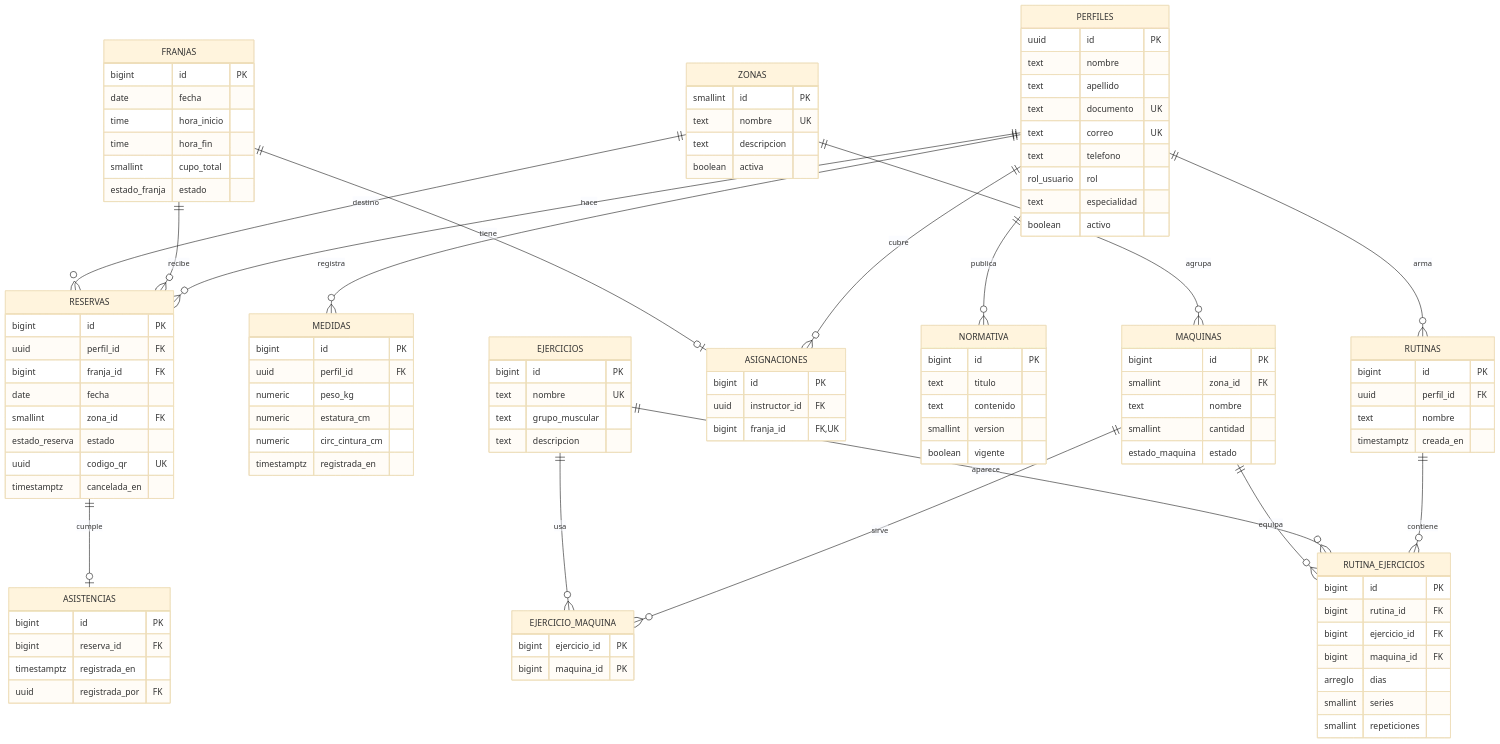
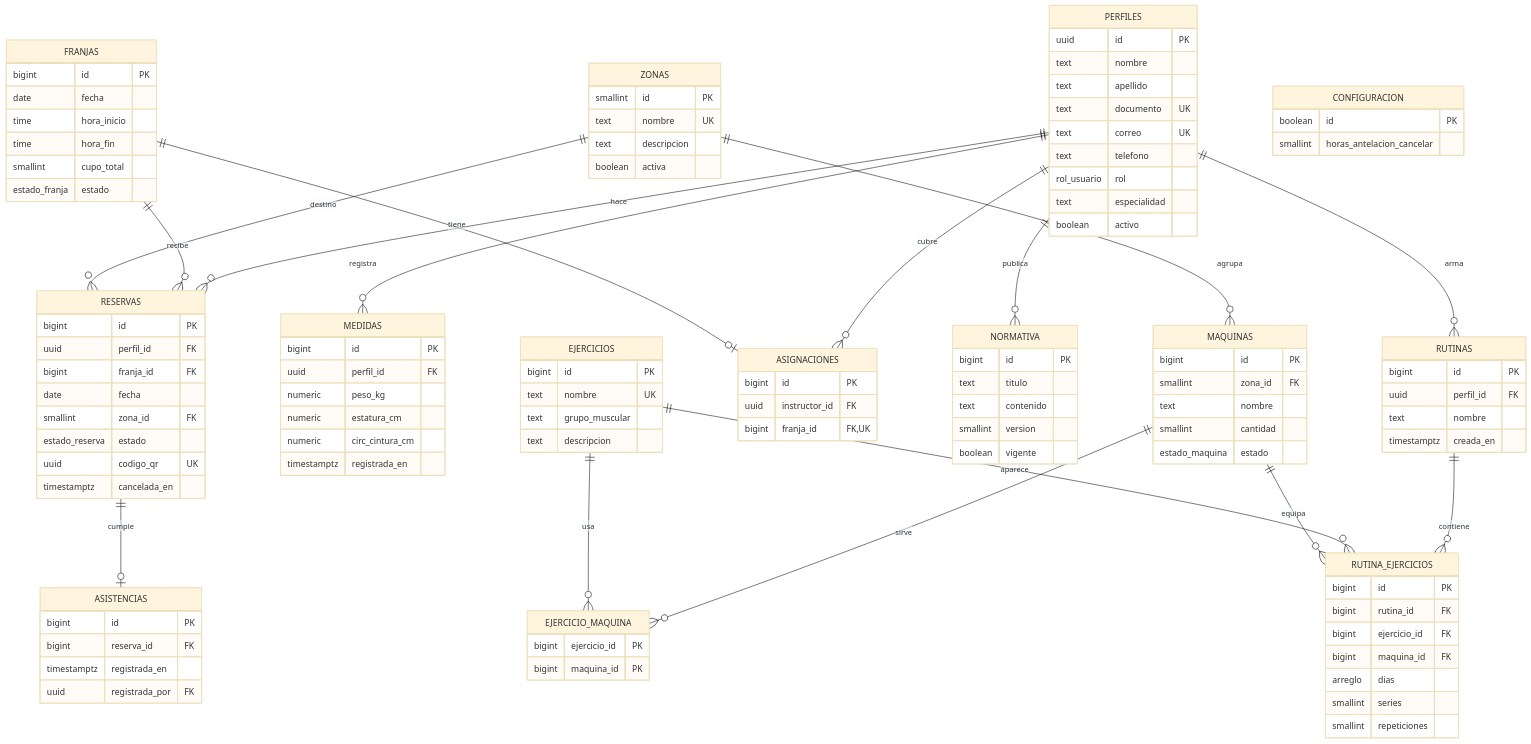
Before and after one commit to davidmat17/UFIT: the diagram in docs/modelo-de-datos.md, drawn with Mermaid (base theme). The commit also changed other lines of this file and 14 other files, not shown here.

Commit message:
feat(rf03):cancelar reservas con 3 horas de antelacion

```diff
--- a/docs/modelo-de-datos.md
+++ b/docs/modelo-de-datos.md
@@ -130,6 +130,10 @@
         numeric circ_cintura_cm
         timestamptz registrada_en
     }
+    CONFIGURACION {
+        boolean id PK
+        smallint horas_antelacion_cancelar
+    }
     NORMATIVA {
         bigint id PK
         text titulo
```
